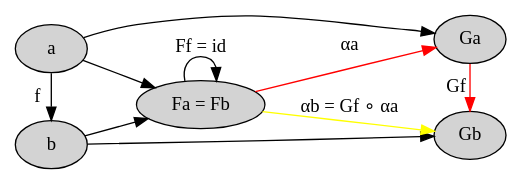
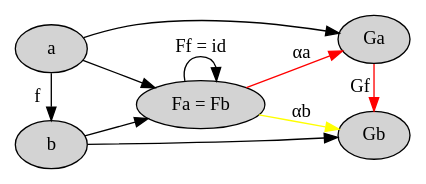
The diagram in chapter17-challenge1-part1.dot (evenbrenden/ct4p-challenges), drawn with Graphviz before and after one commit. The commit also changed 14 other files, not shown here.

```diff
--- a/chapter17-challenge1-part1.dot
+++ b/chapter17-challenge1-part1.dot
@@ -1,23 +1,23 @@
 digraph {
   node [style="filled" color="black" fillcolor="lightgray"]
 
   rankdir=LR
   { rank=same a b }
   { rank=same Ga Gb }
 
   a [label="a"]
   b [label="b"]
   Ga [label="Ga"]
   Gb [label="Gb"]
   FaFb [label="Fa = Fb"]
 
   a -> b [label="f"]
   a -> Ga
   b -> Gb
   a -> FaFb
   b -> FaFb
   FaFb -> FaFb [label="Ff = id"]
   Ga -> Gb [label="Gf" color="red"]
   FaFb -> Ga [label="αa" color="red"]
-  FaFb -> Gb [label="αb = Gf ∘ αa" color="yellow"]
+  FaFb -> Gb [label="αb" color="yellow"]
 }
```
